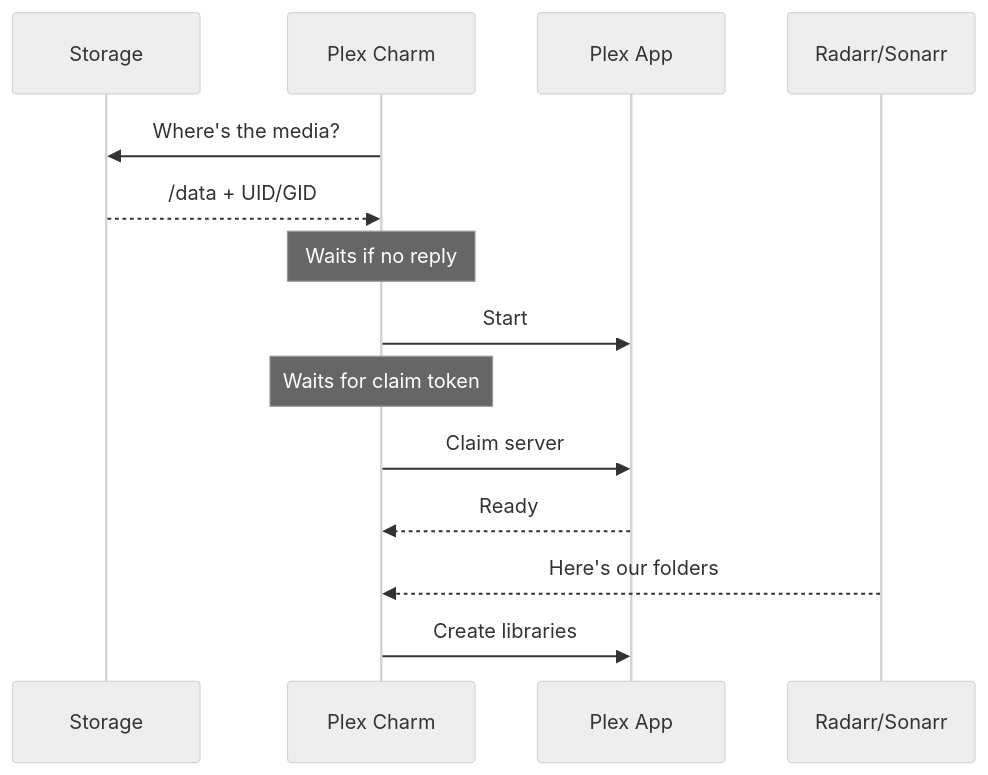
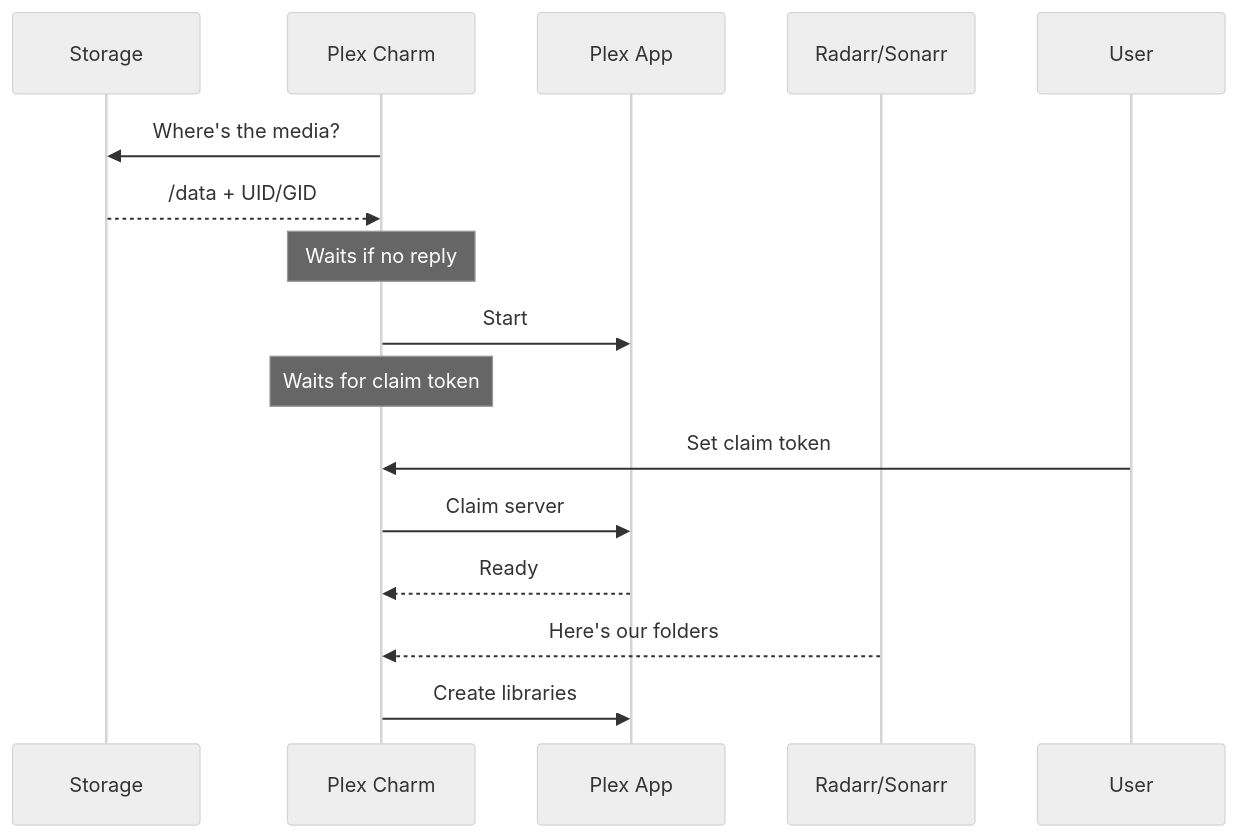
One commit to charmarr/charmarr changed the diagram in docs/charms/media-server.md. Above: the diagram before and after it, drawn with Mermaid (neutral theme). The commit also changed 4 other files, not shown here.

````diff
--- a/docs/charms/media-server.md
+++ b/docs/charms/media-server.md
@@ -33,19 +33,21 @@
 ```mermaid
 sequenceDiagram
     participant Storage
     participant PC as Plex Charm
     participant Plex as Plex App
     participant RC as Radarr/Sonarr
+    participant User
 
     PC->>Storage: Where's the media?
     Storage-->>PC: /data + UID/GID
     Note over PC: Waits if no reply
 
     PC->>Plex: Start
     Note over PC: Waits for claim token
+    User->>PC: Set claim token
     PC->>Plex: Claim server
     Plex-->>PC: Ready
 
     RC-->>PC: Here's our folders
     PC->>Plex: Create libraries
 ```
````
